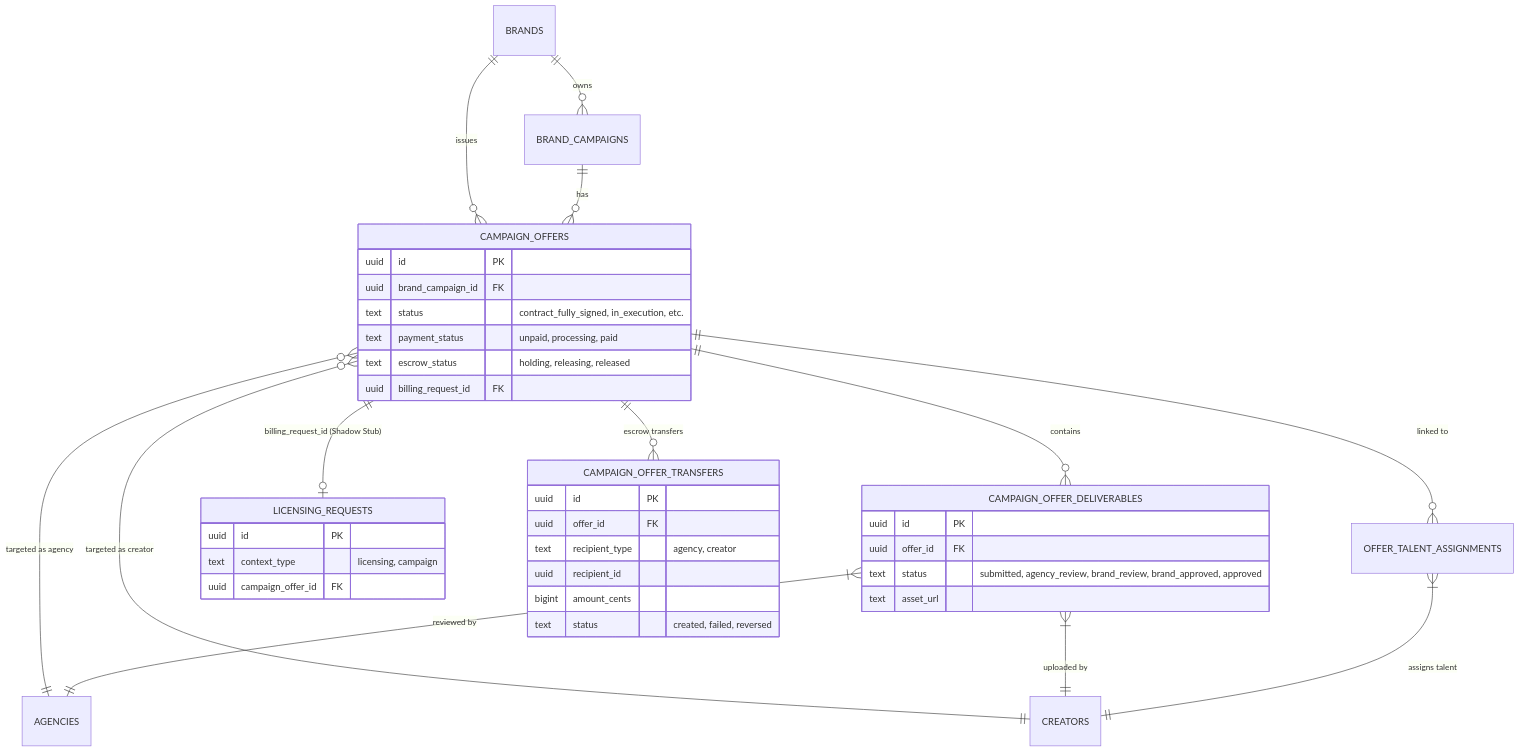
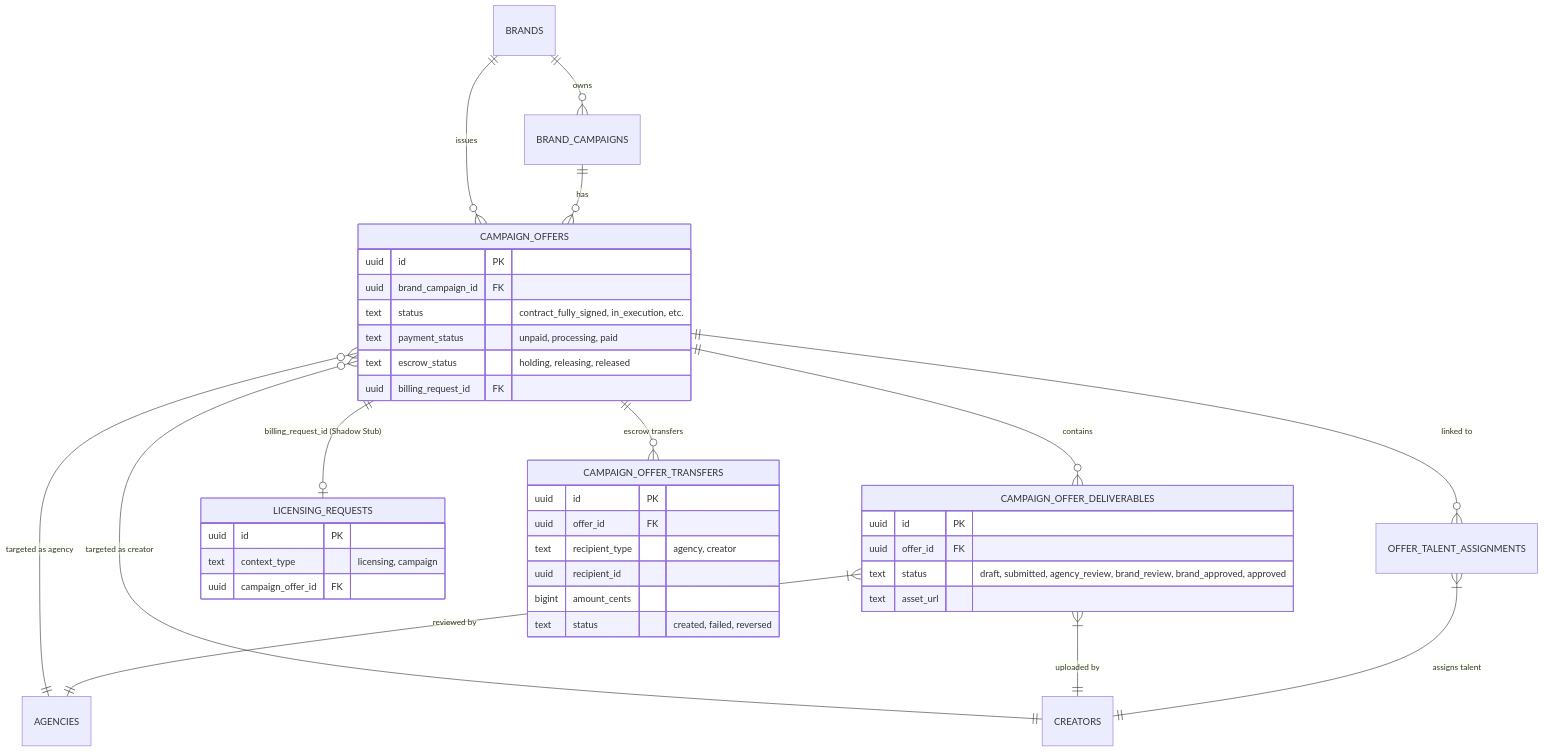
The first of 2 diagrams in docs/repository_architecture.md (ADORSYS-GIS/likelee-ai), drawn with Mermaid before and after one commit. The commit also changed other lines of this file and 1 other file, not shown here.

Commit message:
feat: Implement agency-scoped creator commissions, refine creator assignments, and introduce a draft status for campaign offer deliverables.

````diff
--- a/docs/repository_architecture.md
+++ b/docs/repository_architecture.md
@@ -9,50 +9,50 @@
 ```mermaid
 erDiagram
     BRANDS ||--o{ BRAND_CAMPAIGNS : "owns"
     BRAND_CAMPAIGNS ||--o{ CAMPAIGN_OFFERS : "has"
     BRANDS ||--o{ CAMPAIGN_OFFERS : "issues"
     
     CAMPAIGN_OFFERS ||--o{ CAMPAIGN_OFFER_DELIVERABLES : "contains"
     CAMPAIGN_OFFERS ||--o{ OFFER_TALENT_ASSIGNMENTS : "linked to"
     CAMPAIGN_OFFERS ||--o| LICENSING_REQUESTS : "billing_request_id (Shadow Stub)"
     CAMPAIGN_OFFERS ||--o{ CAMPAIGN_OFFER_TRANSFERS : "escrow transfers"
     
     AGENCIES ||--o{ CAMPAIGN_OFFERS : "targeted as agency"
     CREATORS ||--o{ CAMPAIGN_OFFERS : "targeted as creator"
     
     OFFER_TALENT_ASSIGNMENTS }|--|| CREATORS : "assigns talent"
     
     CAMPAIGN_OFFER_DELIVERABLES }|--|| AGENCIES : "reviewed by"
     CAMPAIGN_OFFER_DELIVERABLES }|--|| CREATORS : "uploaded by"
 
     CAMPAIGN_OFFERS {
         uuid id PK
         uuid brand_campaign_id FK
         text status "contract_fully_signed, in_execution, etc."
         text payment_status "unpaid, processing, paid"
         text escrow_status "holding, releasing, released"
         uuid billing_request_id FK
     }
 
     LICENSING_REQUESTS {
         uuid id PK
         text context_type "licensing, campaign"
         uuid campaign_offer_id FK
     }
 
     CAMPAIGN_OFFER_DELIVERABLES {
         uuid id PK
         uuid offer_id FK
-        text status "submitted, agency_review, brand_review, brand_approved, approved"
+        text status "draft, submitted, agency_review, brand_review, brand_approved, approved"
         text asset_url
     }
 
     CAMPAIGN_OFFER_TRANSFERS {
         uuid id PK
         uuid offer_id FK
         text recipient_type "agency, creator"
         uuid recipient_id
         bigint amount_cents
         text status "created, failed, reversed"
     }
 ```
````
